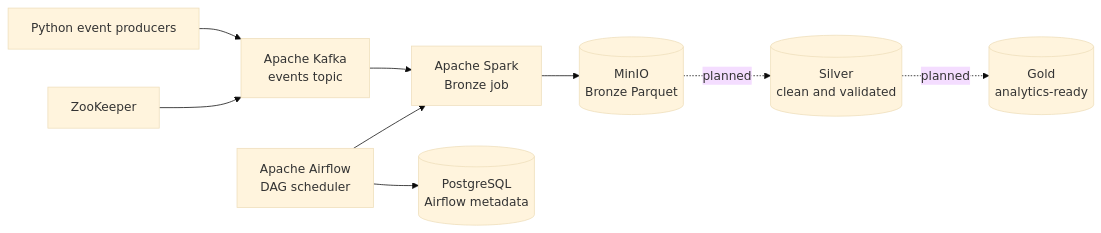
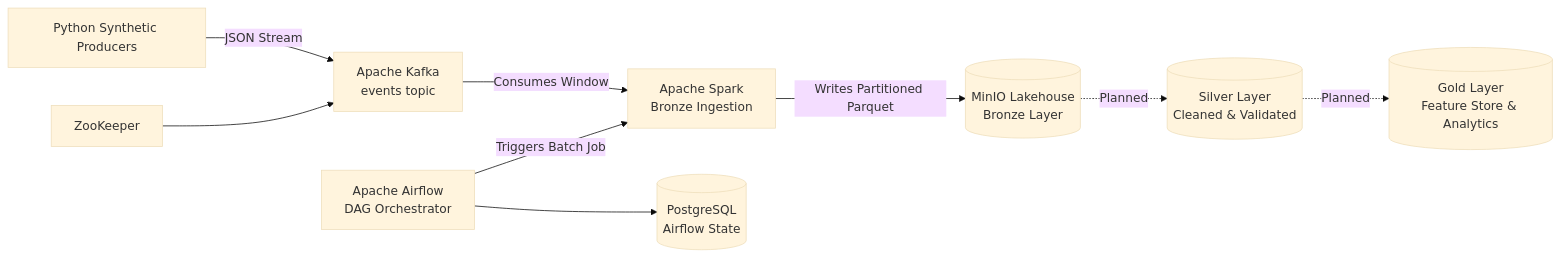
Before and after one commit to Arqaen/financial-forecasting-xgboost: the second of 2 diagrams in README.md, drawn with Mermaid (base theme). The commit also changed other lines of this file, not shown here.

````diff
--- a/README.md
+++ b/README.md
@@ -33,11 +257,11 @@
 ```mermaid
 flowchart LR
-    P[Python event producers] --> K[Apache Kafka<br/>events topic]
-    A[Apache Airflow<br/>DAG scheduler] --> S[Apache Spark<br/>Bronze job]
-    K --> S
-    S --> B[(MinIO<br/>Bronze Parquet)]
-    B -. planned .-> V[(Silver<br/>clean and validated)]
-    V -. planned .-> G[(Gold<br/>analytics-ready)]
-    A --> PG[(PostgreSQL<br/>Airflow metadata)]
+    P[Python Synthetic Producers] -->|JSON Stream| K[Apache Kafka<br/>events topic]
+    A[Apache Airflow<br/>DAG Orchestrator] -->|Triggers Batch Job| S[Apache Spark<br/>Bronze Ingestion]
+    K -->|Consumes Window| S
+    S -->|Writes Partitioned Parquet| B[(MinIO Lakehouse<br/>Bronze Layer)]
+    B -. Planned .-> V[(Silver Layer<br/>Cleaned & Validated)]
+    V -. Planned .-> G[(Gold Layer<br/>Feature Store & Analytics)]
+    A --> PG[(PostgreSQL<br/>Airflow State)]
     Z[ZooKeeper] --> K
 ```
````
